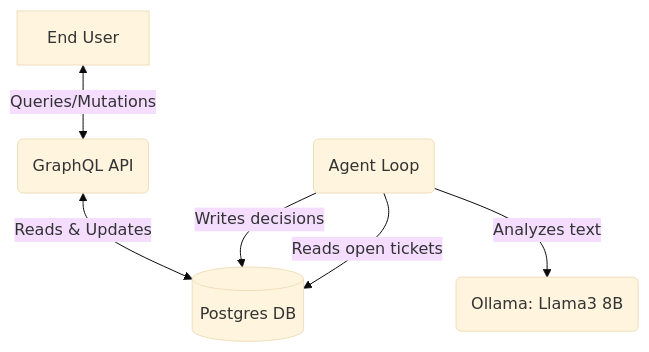
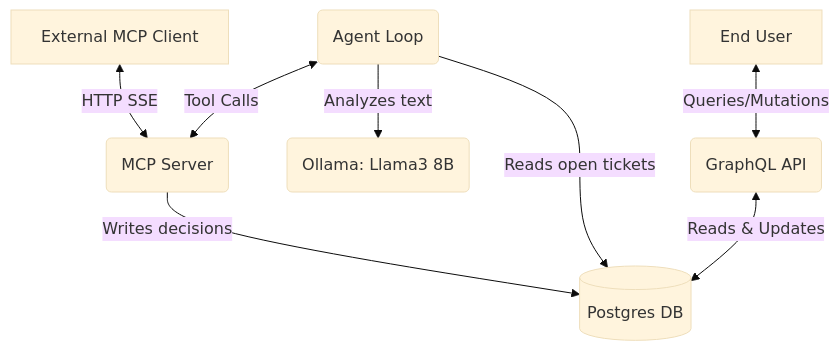
One commit to ParaDhim/TicketPilot changed the diagram in README.md. Above: the diagram before and after it, drawn with Mermaid (base theme). The commit also changed other lines of this file and 6 other files, not shown here.

Commit message:
feat: migrate agent tool-calling layer to MCP

````diff
--- a/README.md
+++ b/README.md
@@ -11,8 +11,10 @@
 ```mermaid
 flowchart TD
     B(Agent Loop) -->|Reads open tickets| A[(Postgres DB)]
-    B -->|Writes decisions| A
     C(GraphQL API) <-->|Reads & Updates| A
     B -->|Analyzes text| D(Ollama: Llama3 8B)
     E[End User] <-->|Queries/Mutations| C
+    B <-->|Tool Calls| F(MCP Server)
+    F -->|Writes decisions| A
+    G[External MCP Client] <-->|HTTP SSE| F
 ```
````
